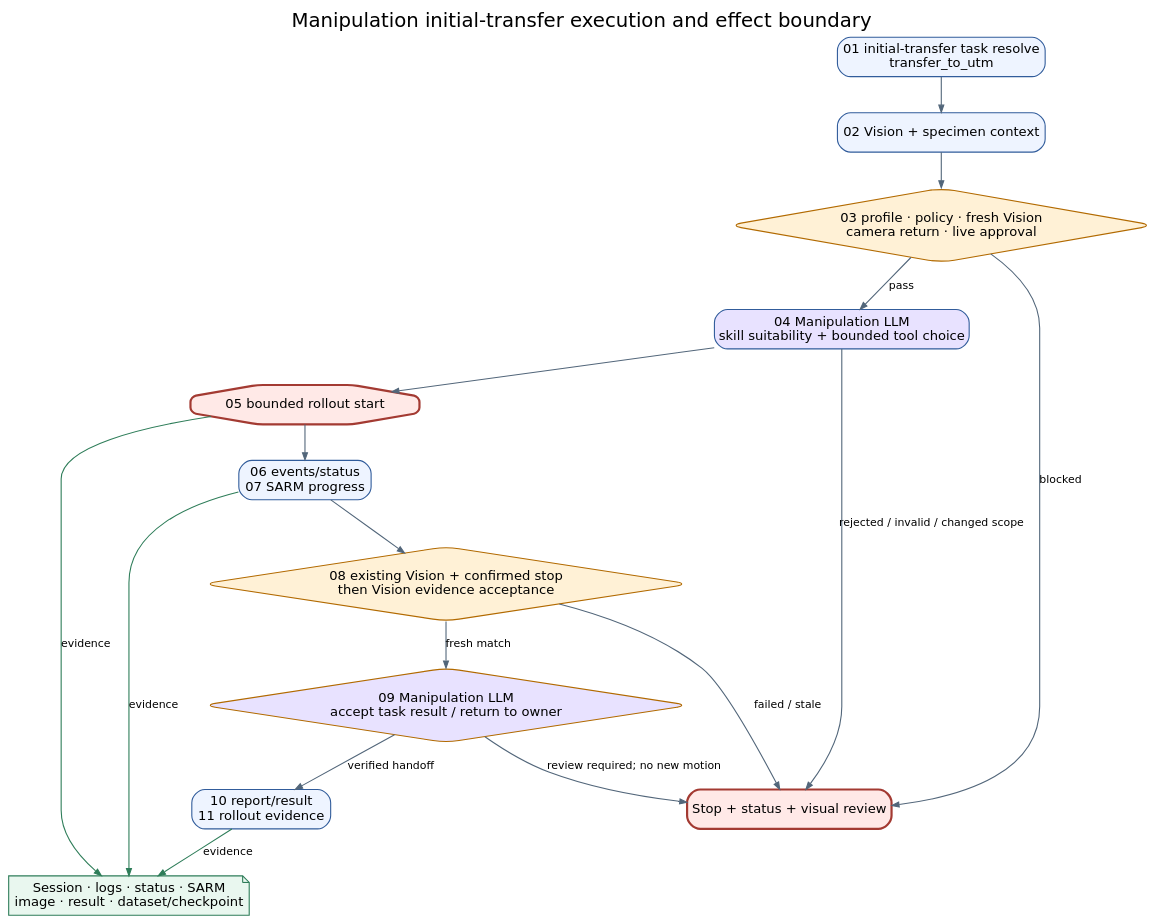
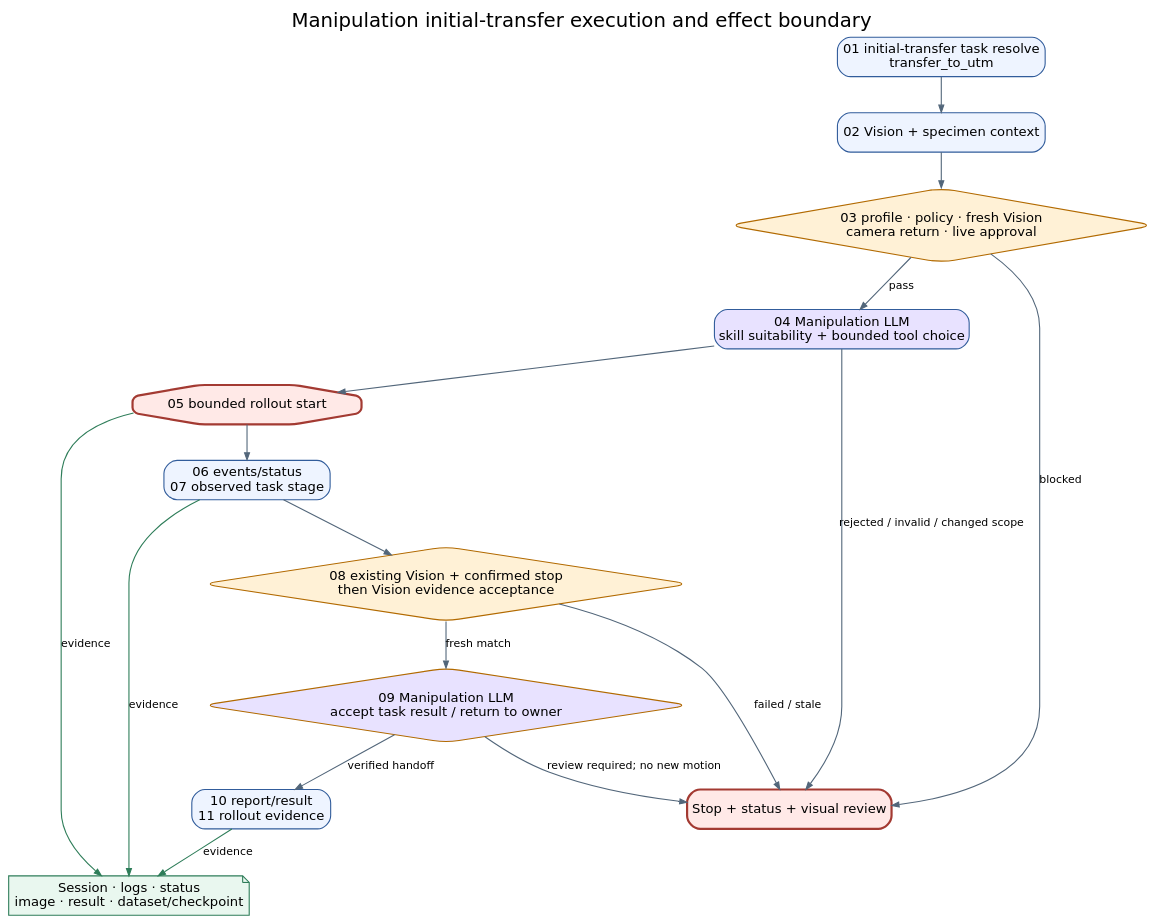
Before and after one commit to JIN9811/autonomous_researcher: the diagram in docs/agents/assets/figures/manipulation_02_execution_effect_boundary.dot, drawn with Graphviz. The commit also changed 72 other files, not shown here.

```diff
--- a/docs/agents/assets/figures/manipulation_02_execution_effect_boundary.dot
+++ b/docs/agents/assets/figures/manipulation_02_execution_effect_boundary.dot
@@ -1,28 +1,28 @@
 digraph manipulation_execution_effect_boundary {
   graph [rankdir=TB, bgcolor="transparent", pad="0.25", nodesep="0.30", ranksep="0.43", fontname="DejaVu Sans", label="Manipulation initial-transfer execution and effect boundary", labelloc="t", fontsize=18];
   node [shape=box, style="rounded,filled", fillcolor="#EEF4FF", color="#315C9B", fontname="DejaVu Sans", fontsize=12, margin="0.09,0.06"];
   edge [color="#52667A", fontname="DejaVu Sans", fontsize=10, arrowsize=0.65];
   resolve [label="01 initial-transfer task resolve\ntransfer_to_utm"];
   context [label="02 Vision + specimen context"];
   gate [label="03 profile · policy · fresh Vision\ncamera return · live approval", shape=diamond, fillcolor="#FFF1D6", color="#B26A00"];
   backend [label="04 Manipulation LLM\nskill suitability + bounded tool choice", fillcolor="#E8E2FF"];
   rollout [label="05 bounded rollout start", shape=octagon, fillcolor="#FFE9E7", color="#A33A32", penwidth=2];
-  monitor [label="06 events/status\n07 SARM progress"];
+  monitor [label="06 events/status\n07 observed task stage"];
   verify [label="08 existing Vision + confirmed stop\nthen Vision evidence acceptance", shape=diamond, fillcolor="#FFF1D6", color="#B26A00"];
   decide [label="09 Manipulation LLM\naccept task result / return to owner", shape=diamond, fillcolor="#E8E2FF", color="#B26A00"];
   report [label="10 report/result\n11 rollout evidence"];
-  evidence [label="Session · logs · status · SARM\nimage · result · dataset/checkpoint", shape=note, fillcolor="#E9F7EF", color="#2E7D59"];
+  evidence [label="Session · logs · status\nimage · result · dataset/checkpoint", shape=note, fillcolor="#E9F7EF", color="#2E7D59"];
   stop [label="Stop + status + visual review", fillcolor="#FFE9E7", color="#A33A32", penwidth=2];
   resolve -> context -> gate;
   gate -> backend [label="pass"];
   gate -> stop [label="blocked"];
   backend -> rollout -> monitor -> verify;
   backend -> stop [label="rejected / invalid / changed scope"];
   verify -> decide [label="fresh match"];
   verify -> stop [label="failed / stale"];
   decide -> report [label="verified handoff"];
   decide -> stop [label="review required; no new motion"];
   rollout -> evidence [label="evidence", color="#2E7D59"];
   monitor -> evidence [label="evidence", color="#2E7D59"];
   report -> evidence [label="evidence", color="#2E7D59"];
 }
```
